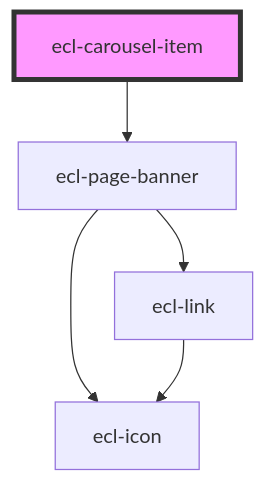
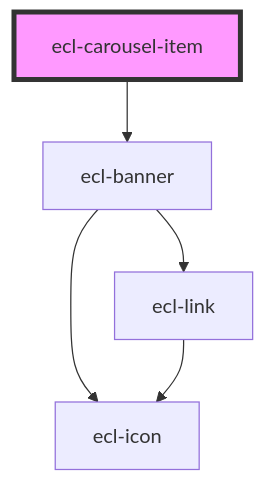
The diagram in src/components/ecl-carousel/readme.md (ec-europa/ecl-webcomponents), drawn with Mermaid before and after one commit. The commit also changed other lines of this file and 15 other files, not shown here.

````diff
--- a/src/components/ecl-carousel/readme.md
+++ b/src/components/ecl-carousel/readme.md
@@ -29,8 +31,8 @@
 ```mermaid
 graph TD;
-  ecl-carousel-item --> ecl-page-banner
-  ecl-page-banner --> ecl-link
-  ecl-page-banner --> ecl-icon
+  ecl-carousel-item --> ecl-banner
+  ecl-banner --> ecl-link
+  ecl-banner --> ecl-icon
   ecl-link --> ecl-icon
   style ecl-carousel-item fill:#f9f,stroke:#333,stroke-width:4px
 ```
````
